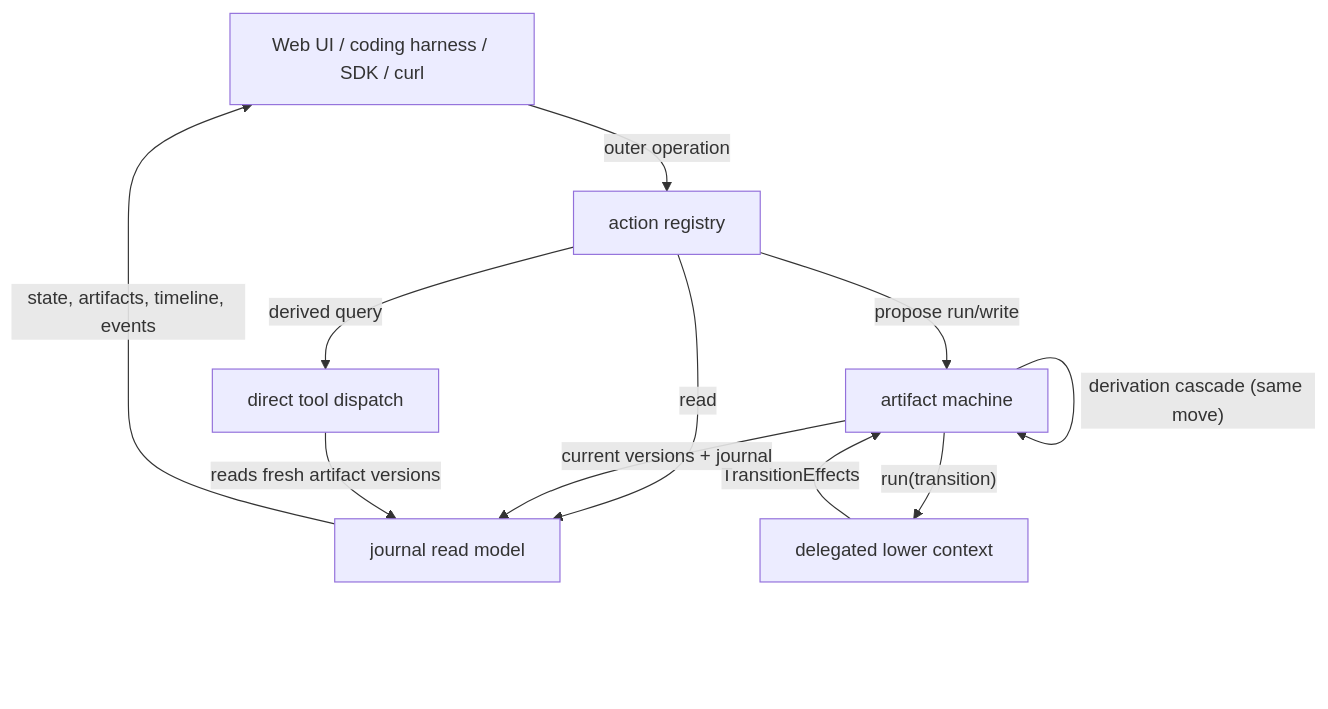
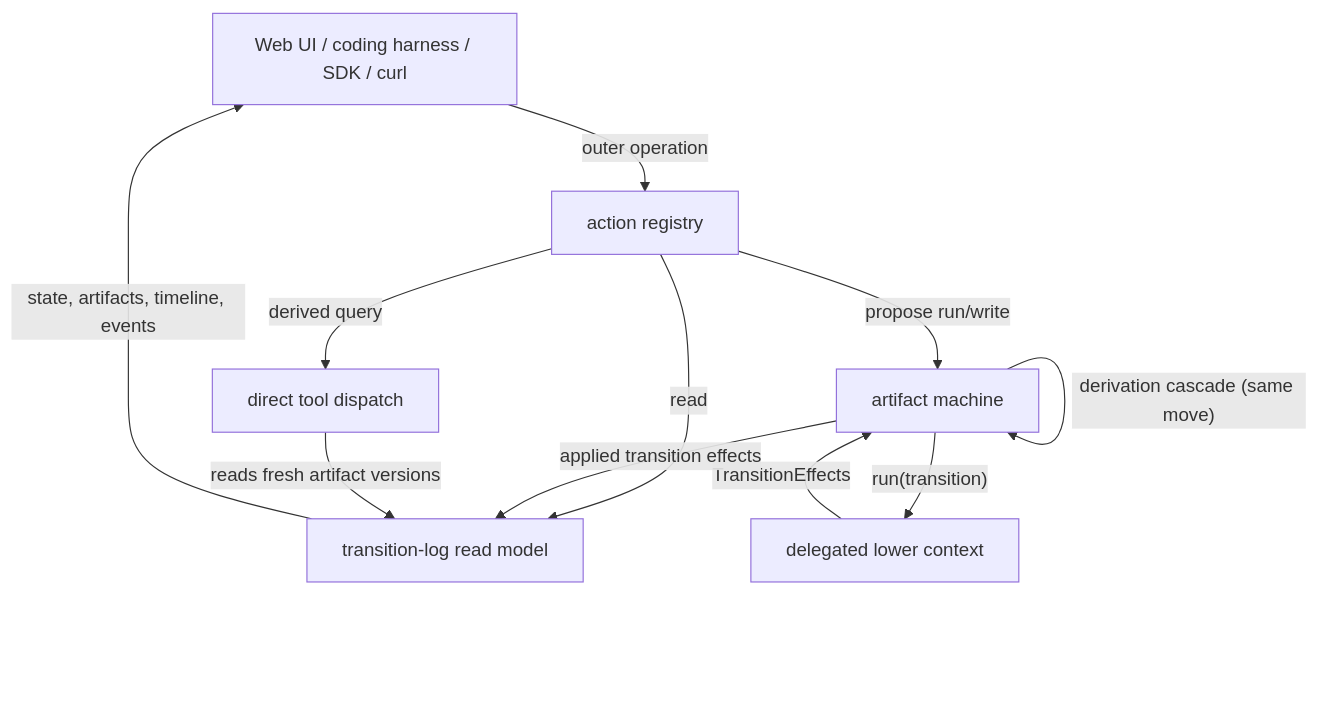
Before and after one commit to ma9o/causal-ssm-agent: the first of 3 diagrams in docs/design/action-hierarchy.md, drawn with Mermaid. The commit also changed other lines of this file and 32 other files, not shown here.

Commit message:
Derive episode state from transition log

````diff
--- a/docs/design/action-hierarchy.md
+++ b/docs/design/action-hierarchy.md
@@ -37,18 +37,18 @@
 ```mermaid
 flowchart TB
     U["Web UI / coding harness / SDK / curl"]
     U -->|"outer operation"| A["action registry"]
 
-    A -->|"read"| R["journal read model"]
+    A -->|"read"| R["transition-log read model"]
     A -->|"propose run/write"| M["artifact machine"]
     A -->|"derived query"| Q["direct tool dispatch"]
 
     M -->|"run(transition)"| C["delegated lower context"]
     C -->|"TransitionEffects"| M
 
     M -->|"derivation cascade (same move)"| M
-    M -->|"current versions + journal"| R
+    M -->|"applied transition effects"| R
     Q -->|"reads fresh artifact versions"| R
 
     R -->|"state, artifacts, timeline, events"| U
 ```
````
